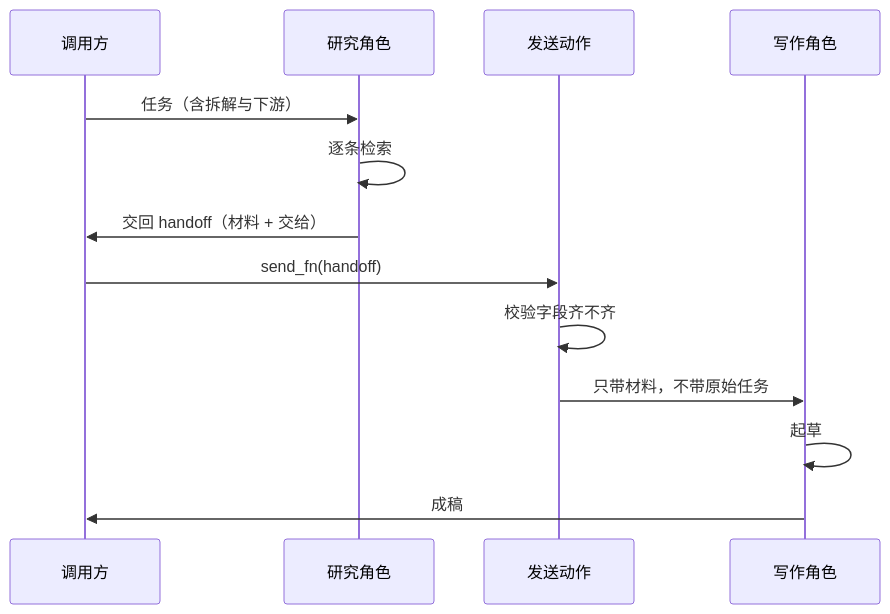
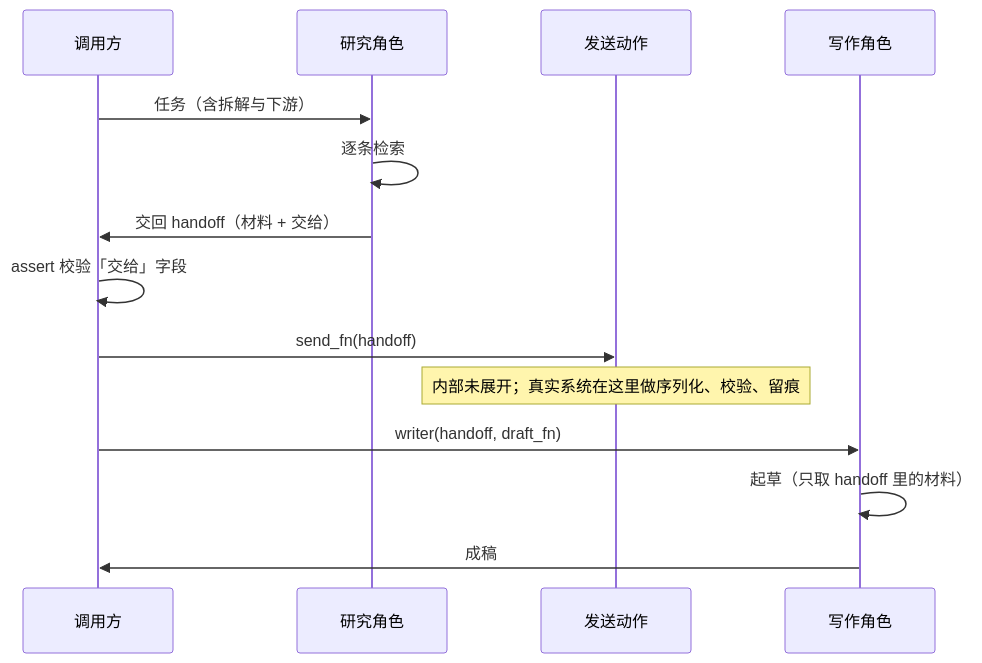
The fifth of 5 diagrams in part-3-agent原理/ch14-多agent协作.md (Laughingtt/agentkit), drawn with Mermaid before and after one commit. The commit also changed other lines of this file, not shown here.

Commit message:
Fix Ch14 时序图：交接描述与 multi_agent_min.py 对账（Task 7 Step 4）
audit-code 上报了时序图与代码不符，团队负责人复核后**部分驳回**：

- 「中间没有 S 这一跳」不成立：`send_fn(handoff)`（L21）就是独立的发送动作，
  `S` 在代码里有对应实体，保留。
- 「S→W 只带材料，不带原始任务」确实不成立：`writer(handoff, draft_fn)` 由
  编排层直接调用，传的是完整 handoff（含 `交给`），writer 内部只取 `handoff["材料"]`。
- 顺带查出第三处、也是更值得改的一处：代码里的 `assert handoff["交给"] == "writer"`
  住在**编排层 C**，不在发送层 S。原图把它画成 `S->>S`，等于把校验安在了代码
  并没有安放的位置上。

改法不止换标签：把图与代码并排读，改完后暴露出一个比原图更有教学价值的点——
最小示意里那句校验是白送的，真实系统需要把它挪进能看到真实流量的发送层。
已据此重写图后的整段解说，不再停留在「不要省掉 S」。

同批修正两处过期记录：
- task-7-brief.md Step 4：`plan_execute.py` 实际执行 4 次、两条计数均为 4
  （重规划把 `fetch_price(B)` 换成 `fetch_price(B, 备用源)`，故非 3）；
  同行 `multi_agent_min.py` 的推演要点补上 send_fn 与「传完整 handoff」。
- progress.md：Ch16 的 9501 是我按提交前草稿量的，写手在 commit 前已修到
  8979 落在 [6000,9000]，两处 ledger 均已改正。

Ch14 20421 字，仍在 [18000,22000]。Part 3 TOTAL 118137 ≈ 118k 目标。

````diff
--- a/part-3-agent原理/ch14-多agent协作.md
+++ b/part-3-agent原理/ch14-多agent协作.md
@@ -466,15 +466,16 @@
 ```mermaid
 sequenceDiagram
     participant C as 调用方
     participant R as 研究角色
     participant S as 发送动作
     participant W as 写作角色
     C->>R: 任务（含拆解与下游）
     R->>R: 逐条检索
     R->>C: 交回 handoff（材料 + 交给）
+    C->>C: assert 校验「交给」字段
     C->>S: send_fn(handoff)
-    S->>S: 校验字段齐不齐
-    S->>W: 只带材料，不带原始任务
-    W->>W: 起草
+    Note over S: 内部未展开；真实系统在这里做序列化、校验、留痕
+    C->>W: writer(handoff, draft_fn)
+    W->>W: 起草（只取 handoff 里的材料）
     W->>C: 成稿
 ```
````
